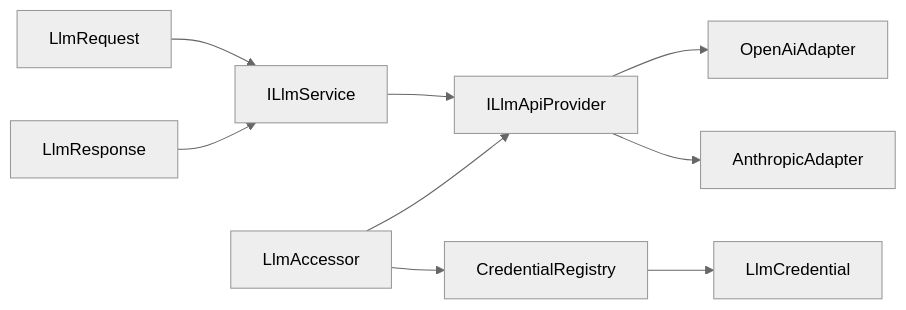
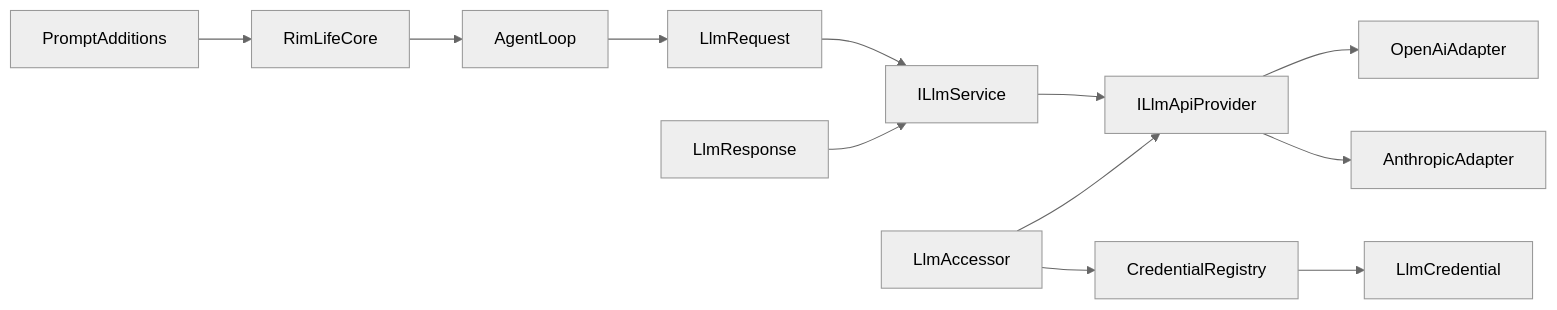
One commit to suzvka/RimLife changed the seventh of 7 diagrams in .qoder/repowiki/zh/content/LLM 集成系统/LLM 集成系统.md. Above: the diagram before and after it, drawn with Mermaid (neutral theme). The commit also changed other lines of this file and 32 other files, not shown here.

````diff
--- a/.qoder/repowiki/zh/content/LLM 集成系统/LLM 集成系统.md
+++ b/.qoder/repowiki/zh/content/LLM 集成系统/LLM 集成系统.md
@@ -359,11 +412,14 @@
 ```mermaid
 graph LR
 SVC["ILlmService"] --> API["ILlmApiProvider"]
 API --> OA["OpenAiAdapter"]
 API --> AA["AnthropicAdapter"]
 ACC["LlmAccessor"] --> API
 ACC --> REG["CredentialRegistry"]
 REG --> FC["LlmCredential"]
 FR["LlmRequest"] --> SVC
 FW["LlmResponse"] --> SVC
+PA["PromptAdditions"] --> RLC["RimLifeCore"]
+RLC --> AL["AgentLoop"]
+AL --> FR
 ```
````
